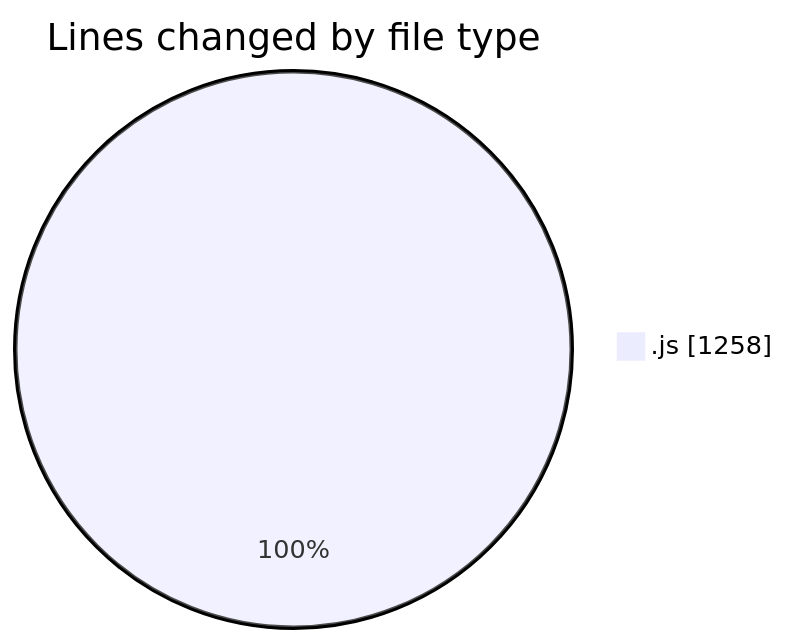
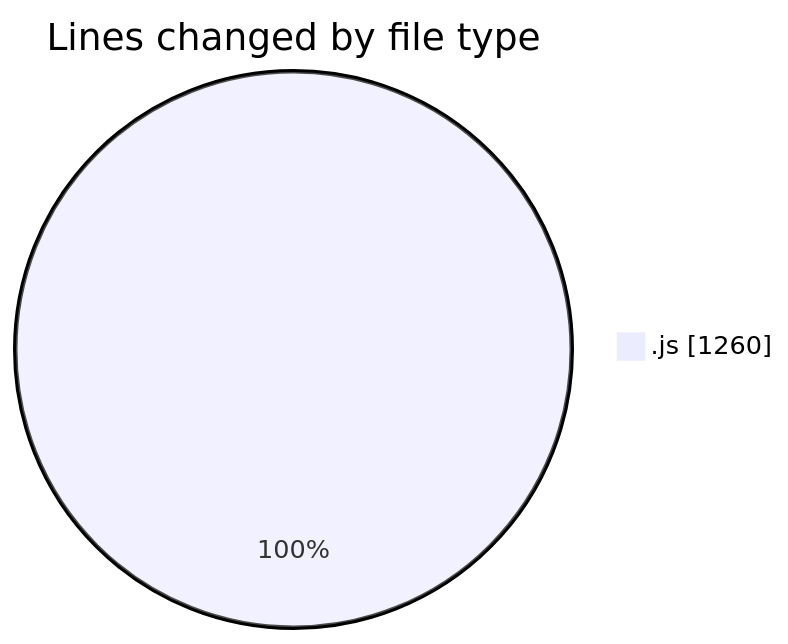
Before and after one commit to becaeroporto-bot/code-tracking: the first of 2 diagrams in 2026-02-20/bot_i_a/README.md, drawn with Mermaid. The commit also changed other lines of this file and 1 other file, not shown here.

````diff
--- a/2026-02-20/bot_i_a/README.md
+++ b/2026-02-20/bot_i_a/README.md
@@ -30,5 +30,5 @@
 ```mermaid
 pie showData
 title Lines changed by file type
-".js" : 1258
+".js" : 1260
 ```
````
